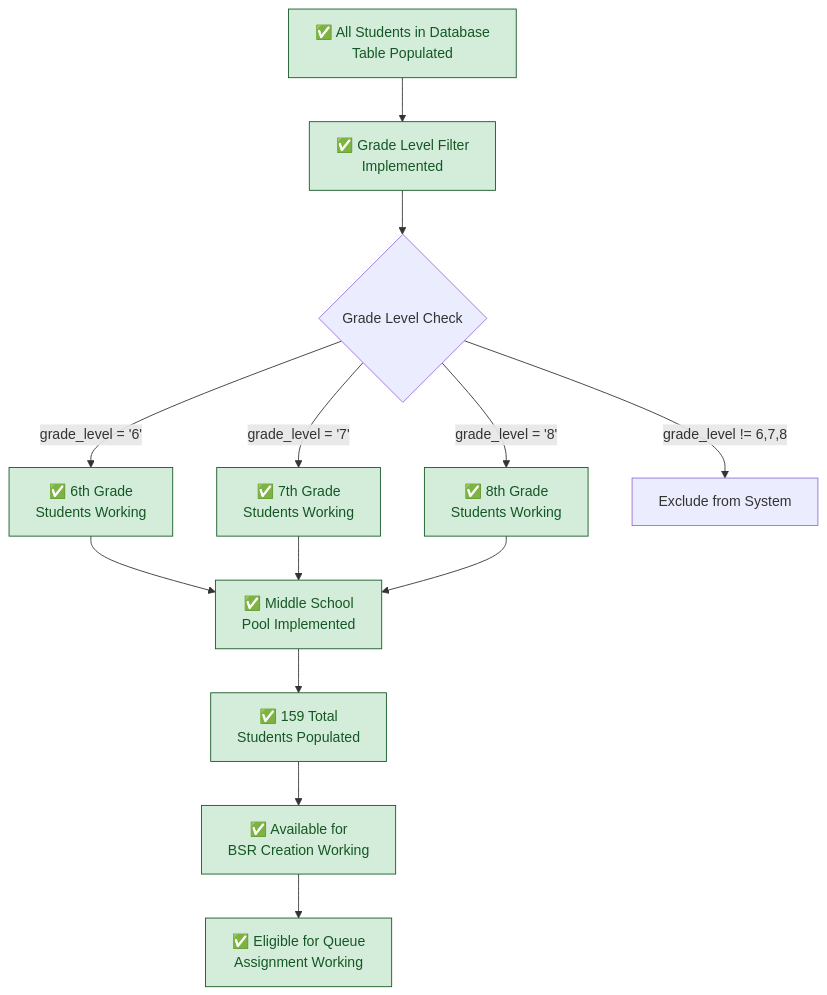
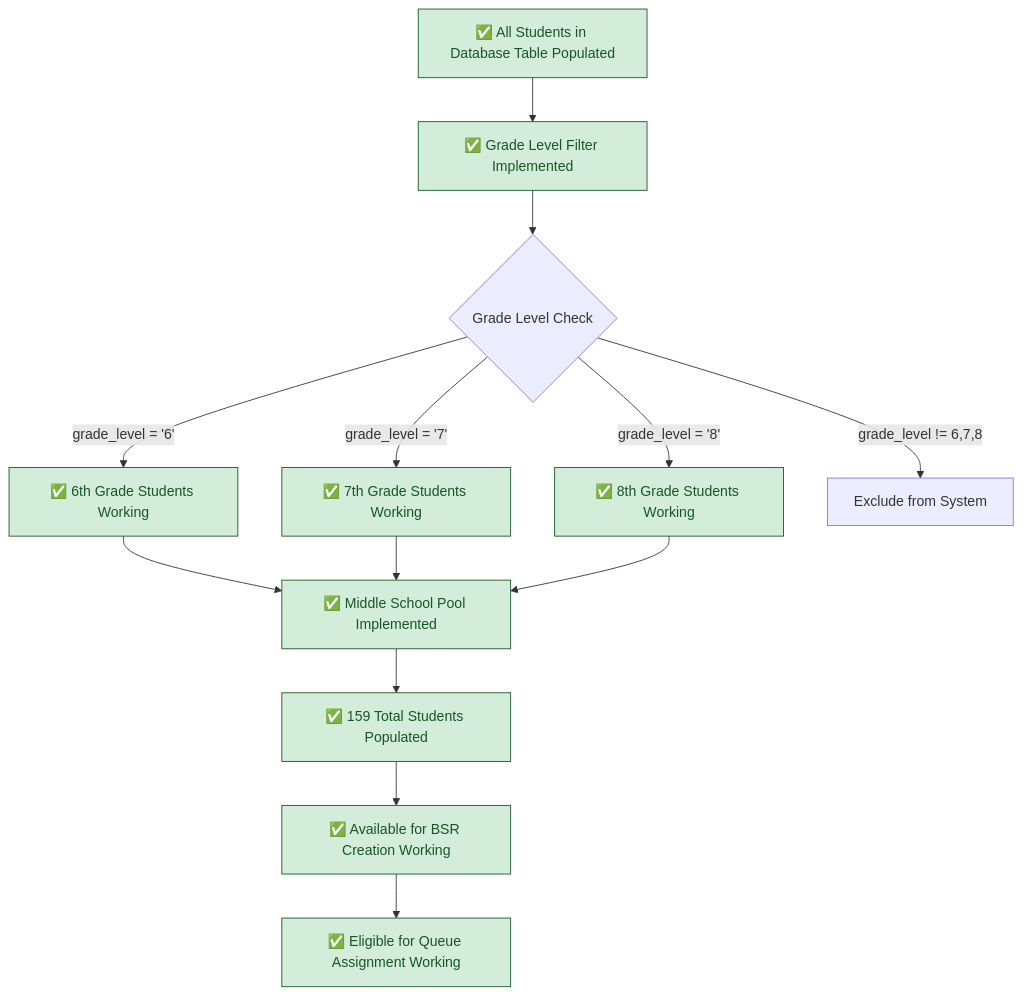
One commit to Splurfa/bx-os changed the first of 6 diagrams in docs/flowcharts/Current-State/08-current-student-filtering.md. Above: the diagram before and after it, drawn with Mermaid. The commit also changed 7 other files, not shown here.

Commit message:
Fix Mermaid text wrapping

````diff
--- a/docs/flowcharts/Current-State/08-current-student-filtering.md
+++ b/docs/flowcharts/Current-State/08-current-student-filtering.md
@@ -9,22 +9,22 @@
 ```mermaid
 flowchart TD
-    A[✅ All Students in Database<br/>Table Populated] --> B[✅ Grade Level Filter<br/>Implemented]
-    B --> C{Grade Level Check}
+    A["`✅ All Students in Database Table Populated`"] --> B["`✅ Grade Level Filter Implemented`"]
+    B --> C{"`Grade Level Check`"}
     
-    C -->|grade_level = '6'| D[✅ 6th Grade<br/>Students Working]
-    C -->|grade_level = '7'| E[✅ 7th Grade<br/>Students Working]
-    C -->|grade_level = '8'| F[✅ 8th Grade<br/>Students Working]
-    C -->|grade_level != 6,7,8| G[Exclude from System]
+    C -->|grade_level = '6'| D["`✅ 6th Grade Students Working`"]
+    C -->|grade_level = '7'| E["`✅ 7th Grade Students Working`"]
+    C -->|grade_level = '8'| F["`✅ 8th Grade Students Working`"]
+    C -->|grade_level != 6,7,8| G["`Exclude from System`"]
     
-    D --> H[✅ Middle School<br/>Pool Implemented]
+    D --> H["`✅ Middle School Pool Implemented`"]
     E --> H
     F --> H
     
-    H --> I[✅ 159 Total<br/>Students Populated]
-    I --> J[✅ Available for<br/>BSR Creation Working]
-    J --> K[✅ Eligible for Queue<br/>Assignment Working]
+    H --> I["`✅ 159 Total Students Populated`"]
+    I --> J["`✅ Available for BSR Creation Working`"]
+    J --> K["`✅ Eligible for Queue Assignment Working`"]
     
     classDef working fill:#d4edda,stroke:#155724,color:#155724
     
     class A,B,D,E,F,H,I,J,K working
 ```
````
